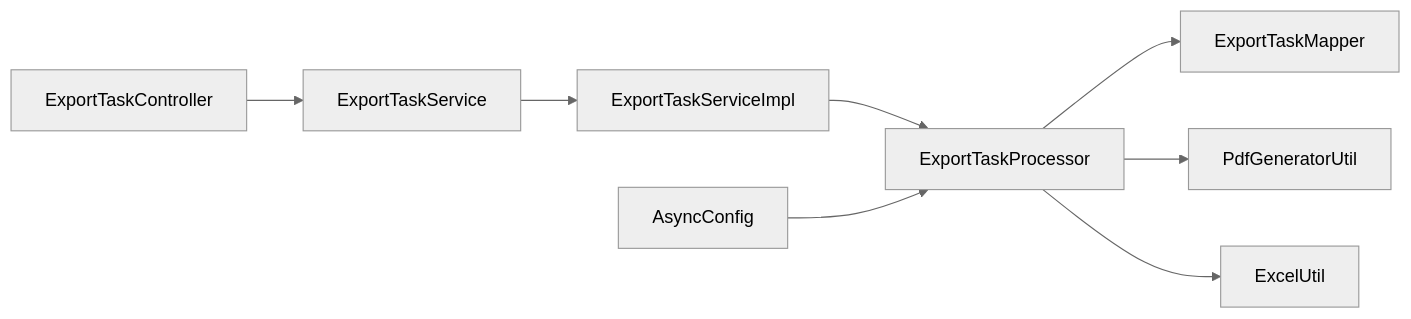
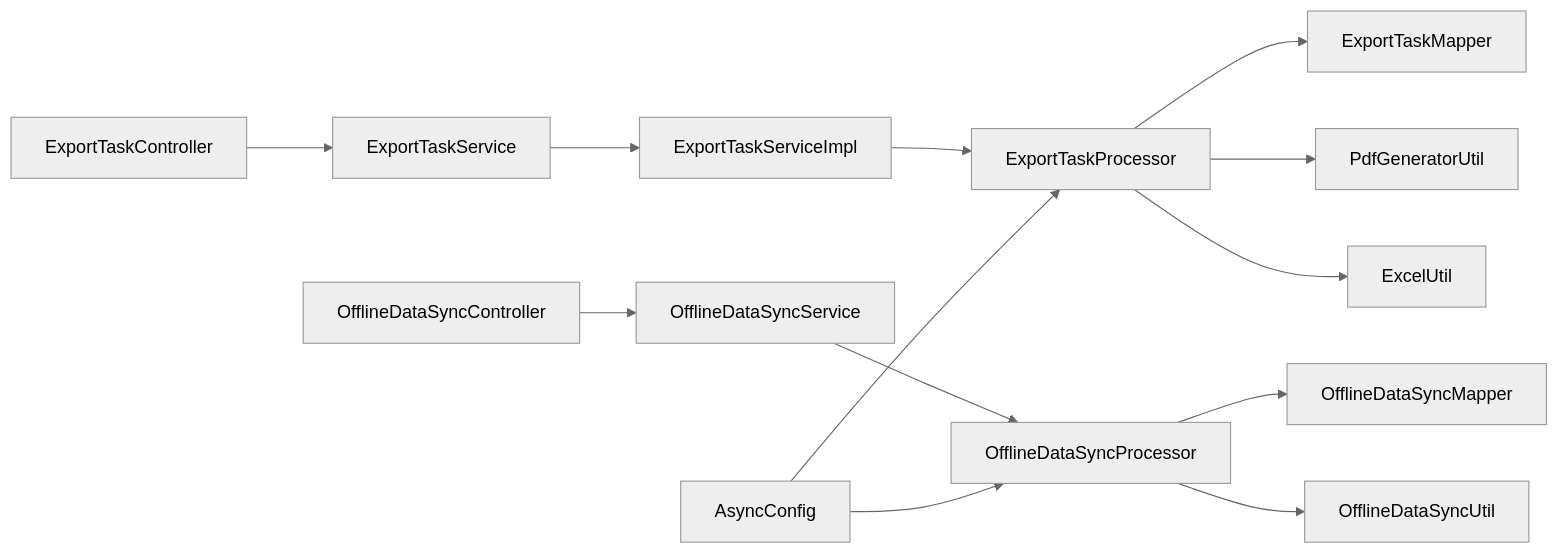
The tenth of 10 diagrams in .qoder/repowiki/en/content/Export & Reporting/Export & Reporting.md (bo961386926/Survey-App), drawn with Mermaid (neutral theme) before and after one commit. The commit also changed other lines of this file and 25 other files, not shown here.

````diff
--- a/.qoder/repowiki/en/content/Export & Reporting/Export & Reporting.md
+++ b/.qoder/repowiki/en/content/Export & Reporting/Export & Reporting.md
@@ -389,10 +519,15 @@
 ```mermaid
 graph LR
 Controller["ExportTaskController"] --> Service["ExportTaskService"]
 Service --> Impl["ExportTaskServiceImpl"]
 Impl --> Processor["ExportTaskProcessor"]
 Processor --> Mapper["ExportTaskMapper"]
 Processor --> Utils1["PdfGeneratorUtil"]
 Processor --> Utils2["ExcelUtil"]
+Controller2["OfflineDataSyncController"] --> Service2["OfflineDataSyncService"]
+Service2 --> Processor2["OfflineDataSyncProcessor"]
+Processor2 --> Mapper2["OfflineDataSyncMapper"]
+Processor2 --> Utils3["OfflineDataSyncUtil"]
 Config["AsyncConfig"] --> Processor
+Config --> Processor2
 ```
````
